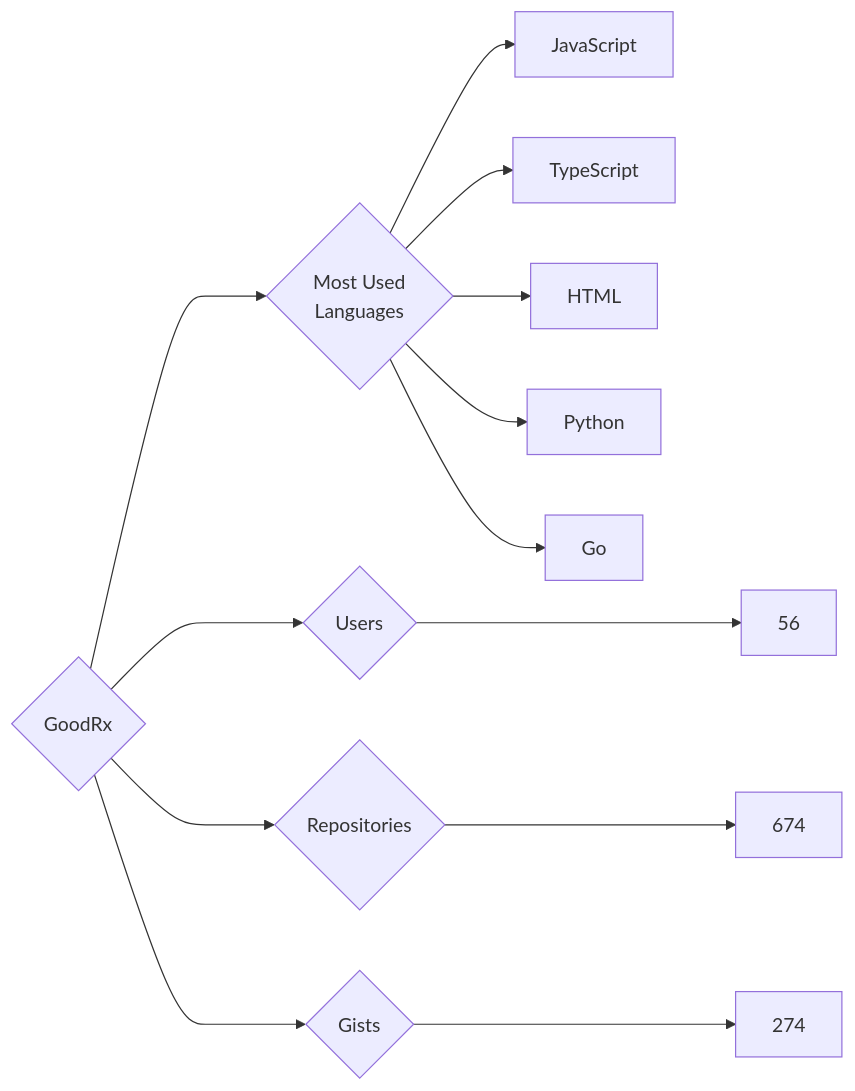
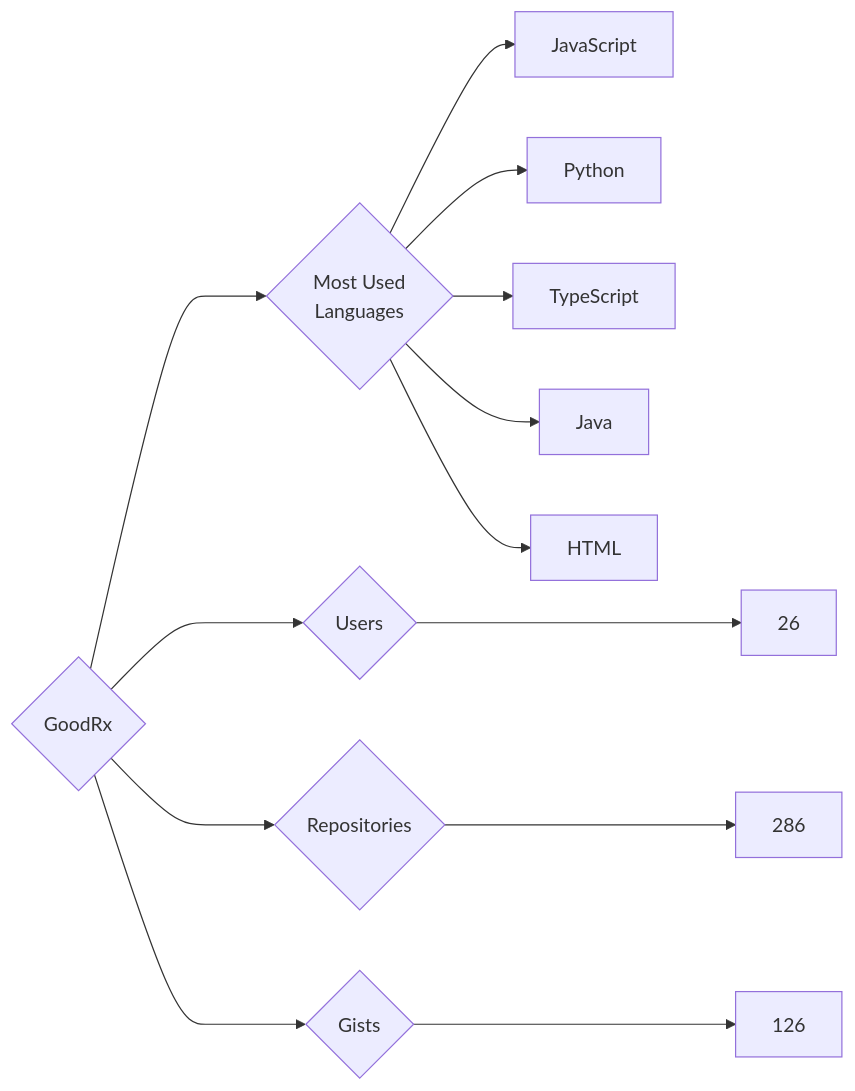
The diagram in targets/GoodRx/README.md (trickest/insiders), drawn with Mermaid before and after one commit. The commit also changed 757 other files, not shown here.

````diff
--- a/targets/GoodRx/README.md
+++ b/targets/GoodRx/README.md
@@ -3,13 +3,13 @@
 ```mermaid
 graph LR
 COMPANY_NAME{GoodRx}
-COMPANY_NAME ---> U{Users} ---> UN[56]
-COMPANY_NAME ---> R{Repositories} ---> RN[674]
-COMPANY_NAME ---> G{Gists} ---> GN[274]
+COMPANY_NAME ---> U{Users} ---> UN[26]
+COMPANY_NAME ---> R{Repositories} ---> RN[286]
+COMPANY_NAME ---> G{Gists} ---> GN[126]
 COMPANY_NAME ---> ML{Most Used<br>Languages}
 ML --> JavaScript[JavaScript]
+ML --> Python[Python]
 ML --> TypeScript[TypeScript]
+ML --> Java[Java]
 ML --> HTML[HTML]
-ML --> Python[Python]
-ML --> Go[Go]
 ```
````
